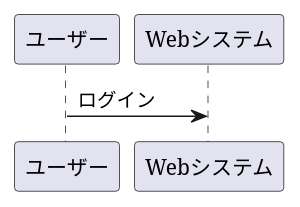
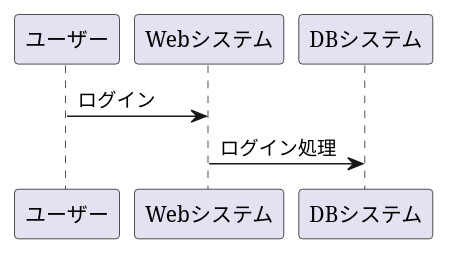
One commit to aso2112233/2021sys-design changed the diagram in flow1.md. Above: the diagram before and after it, drawn with PlantUML.

````diff
--- a/flow1.md
+++ b/flow1.md
@@ -1,5 +1,6 @@
 ```uml
 @startuml
 ユーザー -> Webシステム :ログイン
+Webシステム -> DBシステム :ログイン処理
 @enduml
 ```
````
